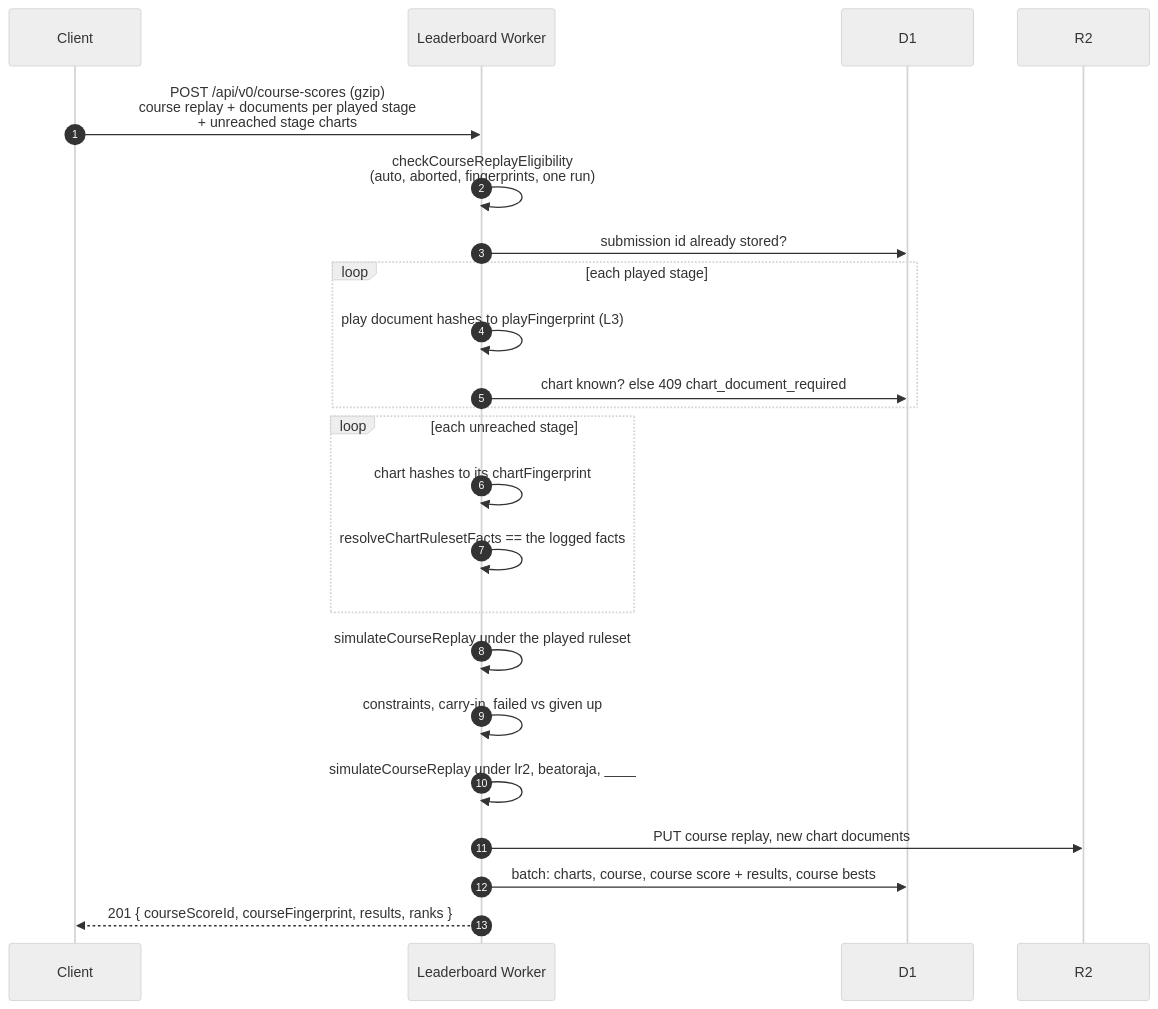
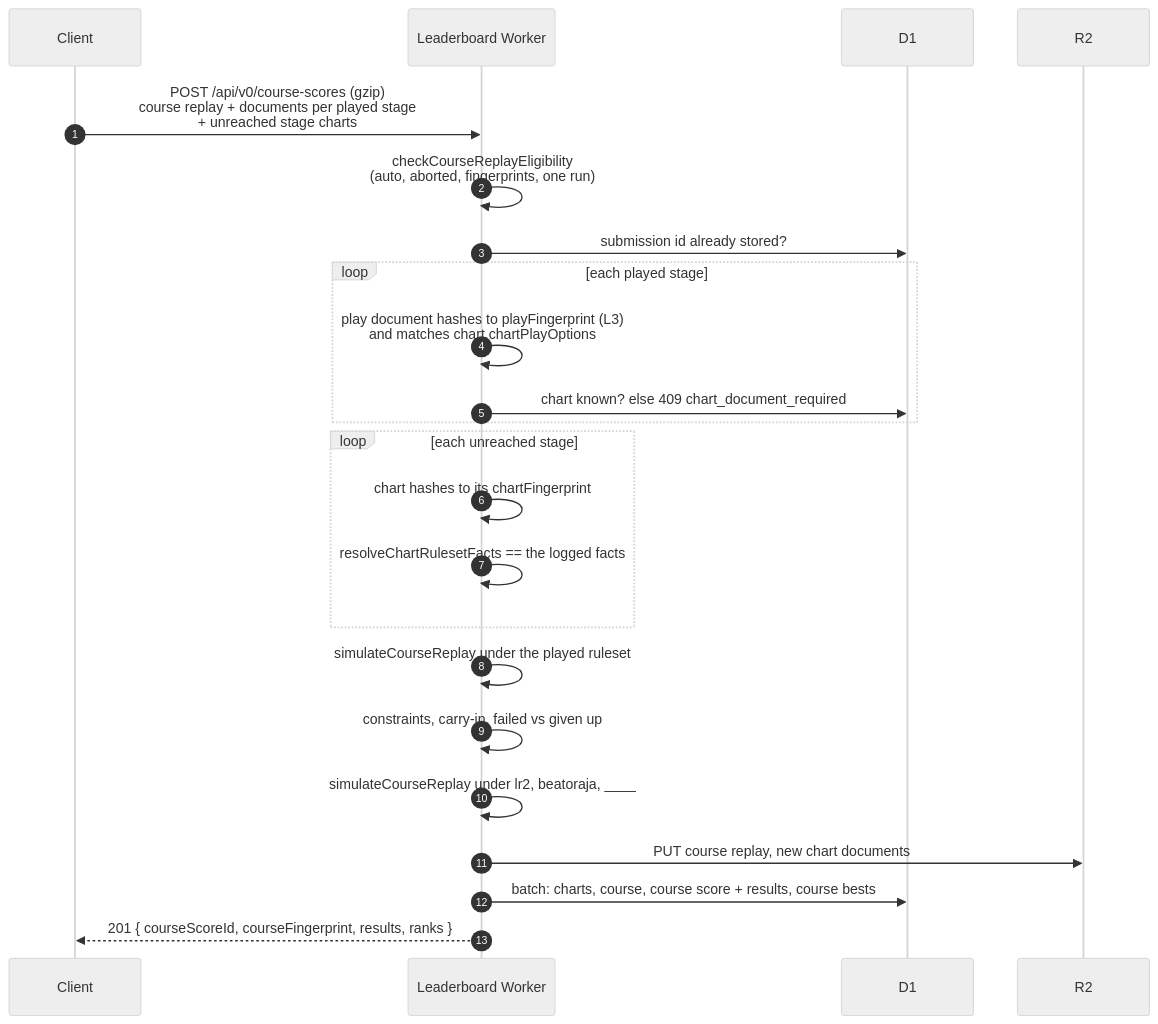
Before and after one commit to nulltask/be-music: the first of 2 diagrams in docs/leaderboard.md, drawn with Mermaid (neutral theme). The commit also changed other lines of this file and 17 other files, not shown here.

First line of the commit message:
docs: describe chart-authored NOTES options and the fingerprint playOptions [ci skip]

````diff
--- a/docs/leaderboard.md
+++ b/docs/leaderboard.md
@@ -206,26 +206,26 @@
 ```mermaid
 sequenceDiagram
     autonumber
     participant C as Client
     participant A as Leaderboard Worker
     participant D as D1
     participant R as R2
 
     C->>A: POST /api/v0/course-scores (gzip)<br/>course replay + documents per played stage<br/>+ unreached stage charts
     A->>A: checkCourseReplayEligibility<br/>(auto, aborted, fingerprints, one run)
     A->>D: submission id already stored?
     loop each played stage
-        A->>A: play document hashes to playFingerprint (L3)
+        A->>A: play document hashes to playFingerprint (L3)<br/>and matches chart.chartPlayOptions
         A->>D: chart known? else 409 chart_document_required
     end
     loop each unreached stage
         A->>A: chart hashes to its chartFingerprint
         A->>A: resolveChartRulesetFacts == the logged facts
     end
     A->>A: simulateCourseReplay under the played ruleset
     A->>A: constraints, carry-in, failed vs given up
     A->>A: simulateCourseReplay under lr2, beatoraja, ____
     A->>R: PUT course replay, new chart documents
     A->>D: batch: charts, course, course score + results, course bests
     A-->>C: 201 { courseScoreId, courseFingerprint, results, ranks }
 ```
````
